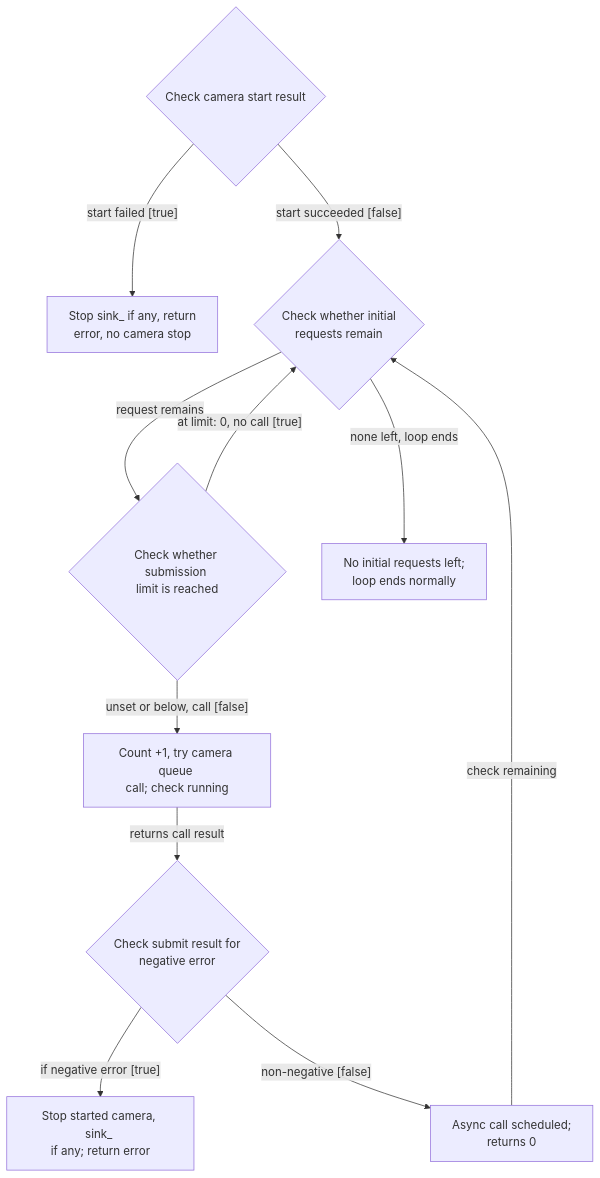
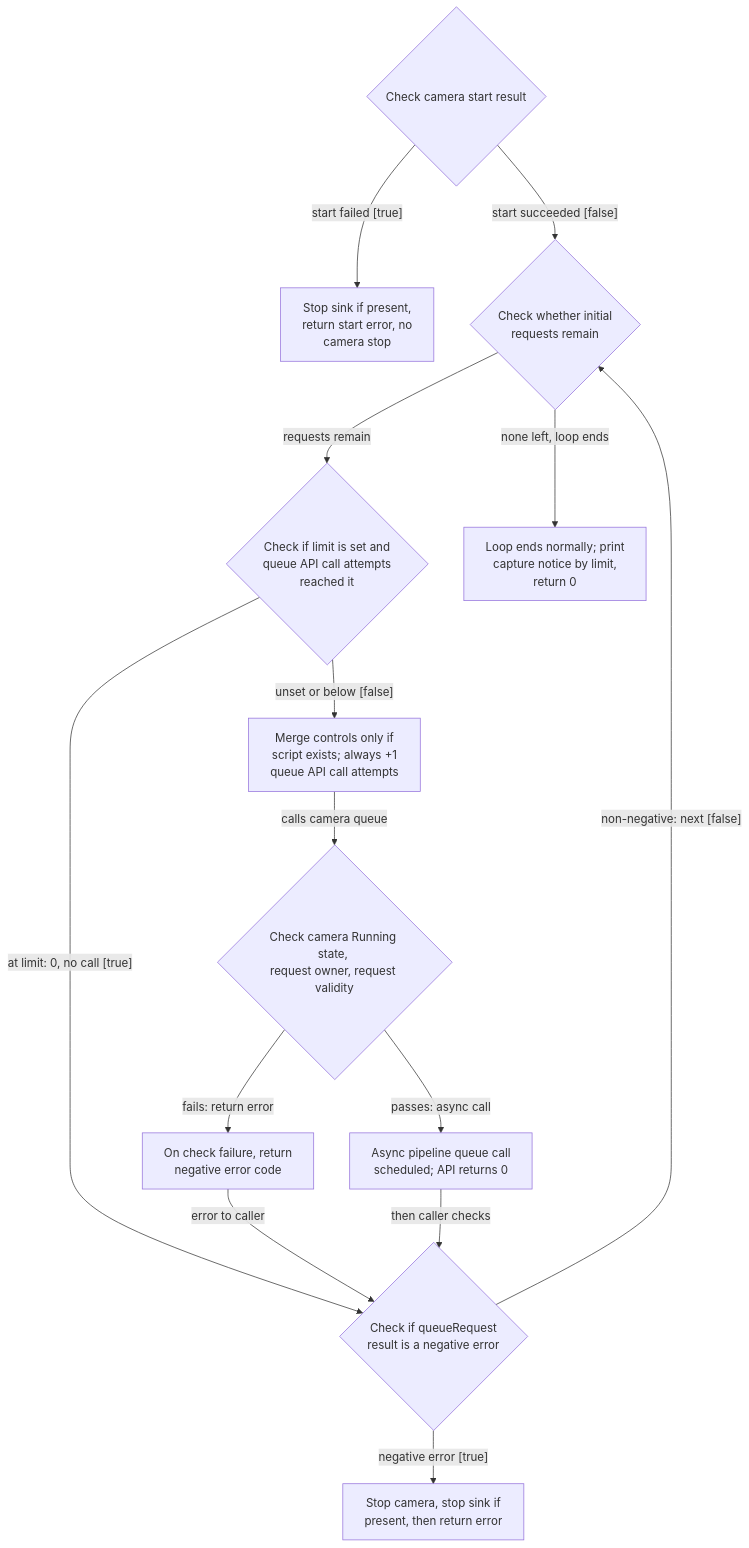
The diagram in docs/en/official-cam-validation.initial-submission.mmd (TTolsun/libcamera-sdd), drawn with Mermaid before and after one commit. The commit also changed 283 other files, not shown here.

```diff
--- a/docs/en/official-cam-validation.initial-submission.mmd
+++ b/docs/en/official-cam-validation.initial-submission.mmd
@@ -1,21 +1,26 @@
 flowchart TB
 
   v_start_check{"Check camera start result"}
-  v_start_fail["Stop sink#95; if any, return <br/>error, no camera stop"]
+  v_start_fail["Stop sink if present, <br/>return start error, no <br/>camera stop"]
   v_remaining{"Check whether initial <br/>requests remain"}
-  v_limit_check{"Check whether submission <br/>limit is reached"}
-  v_camera_queue["Count +1, try camera queue <br/>call; check running"]
-  v_helper_ret{"Check submit result for <br/>negative error"}
-  v_stop_err["Stop started camera, sink#95; <br/>if any; return error"]
-  v_ok_result["Async call scheduled; <br/>returns 0"]
-  v_done["No initial requests left; <br/>loop ends normally"]
+  v_limit_check{"Check if limit is set and <br/>queue API call attempts <br/>reached it"}
+  v_control_merge["Merge controls only if <br/>script exists; always +1 <br/>queue API call attempts"]
+  v_camera_queue_check{"Check camera Running state, <br/>request owner, request <br/>validity"}
+  v_queue_error["On check failure, return <br/>negative error code"]
+  v_queue_async["Async pipeline queue call <br/>scheduled; API returns 0"]
+  v_caller_check{"Check if queueRequest <br/>result is a negative error"}
+  v_stop_on_error["Stop camera, stop sink if <br/>present, then return error"]
+  v_done["Loop ends normally; print <br/>capture notice by limit, <br/>return 0"]
   v_start_check -->|"start failed #91;true#93;"| v_start_fail
   v_start_check -->|"start succeeded #91;false#93;"| v_remaining
-  v_remaining -->|"request remains"| v_limit_check
+  v_remaining -->|"requests remain"| v_limit_check
   v_remaining -->|"none left, loop ends"| v_done
-  v_limit_check -->|"unset or below, call #91;false#93;"| v_camera_queue
-  v_limit_check -->|"at limit: 0, no call #91;true#93;"| v_remaining
-  v_camera_queue -->|"returns call result"| v_helper_ret
-  v_helper_ret -->|"if negative error #91;true#93;"| v_stop_err
-  v_helper_ret -->|"non-negative #91;false#93;"| v_ok_result
-  v_ok_result -->|"check remaining"| v_remaining
+  v_limit_check -->|"unset or below #91;false#93;"| v_control_merge
+  v_limit_check -->|"at limit: 0, no call #91;true#93;"| v_caller_check
+  v_control_merge -->|"calls camera queue"| v_camera_queue_check
+  v_camera_queue_check -->|"fails: return error"| v_queue_error
+  v_camera_queue_check -->|"passes: async call"| v_queue_async
+  v_queue_error -->|"error to caller"| v_caller_check
+  v_queue_async -->|"then caller checks"| v_caller_check
+  v_caller_check -->|"negative error #91;true#93;"| v_stop_on_error
+  v_caller_check -->|"non-negative: next #91;false#93;"| v_remaining
```
